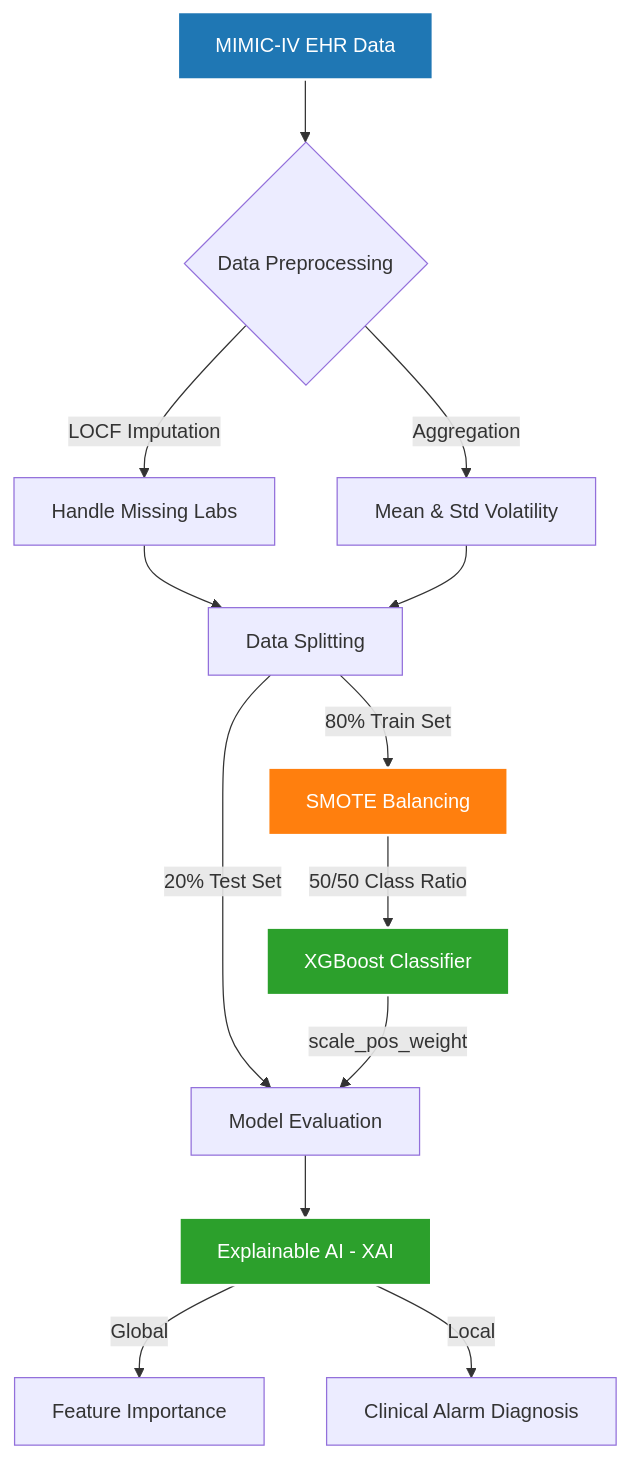
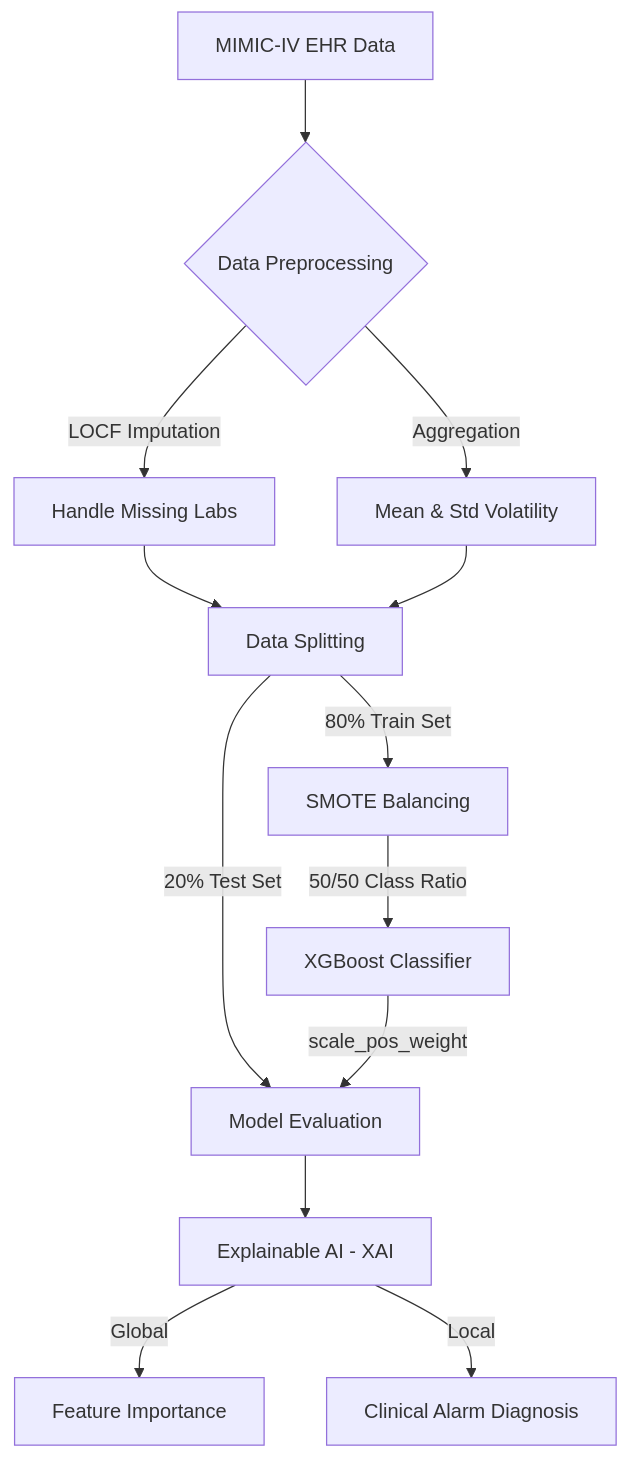
The diagram in README.md (Aswin-1925/Dataset-MIMIC_IV), drawn with Mermaid before and after one commit.

````diff
--- a/README.md
+++ b/README.md
@@ -48,23 +48,19 @@
 ```mermaid
 graph TD
     A[MIMIC-IV EHR Data] --> B{Data Preprocessing}
     B -->|LOCF Imputation| C[Handle Missing Labs]
     B -->|Aggregation| D[Mean & Std Volatility]
     C --> E[Data Splitting]
     D --> E
     E -->|80% Train Set| F[SMOTE Balancing]
     F -->|50/50 Class Ratio| G[XGBoost Classifier]
     E -->|20% Test Set| H[Model Evaluation]
     G -->|scale_pos_weight| H
     H --> I[Explainable AI - XAI]
     I -->|Global| J[Feature Importance]
     I -->|Local| K[Clinical Alarm Diagnosis]
     
-    classDef primary fill:#1f77b4,stroke:#fff,stroke-width:2px,color:#fff;
-    classDef secondary fill:#ff7f0e,stroke:#fff,stroke-width:2px,color:#fff;
-    classDef highlight fill:#2ca02c,stroke:#fff,stroke-width:2px,color:#fff;
-    
     class G,I highlight;
     class A primary;
     class F secondary;
 ```
````
